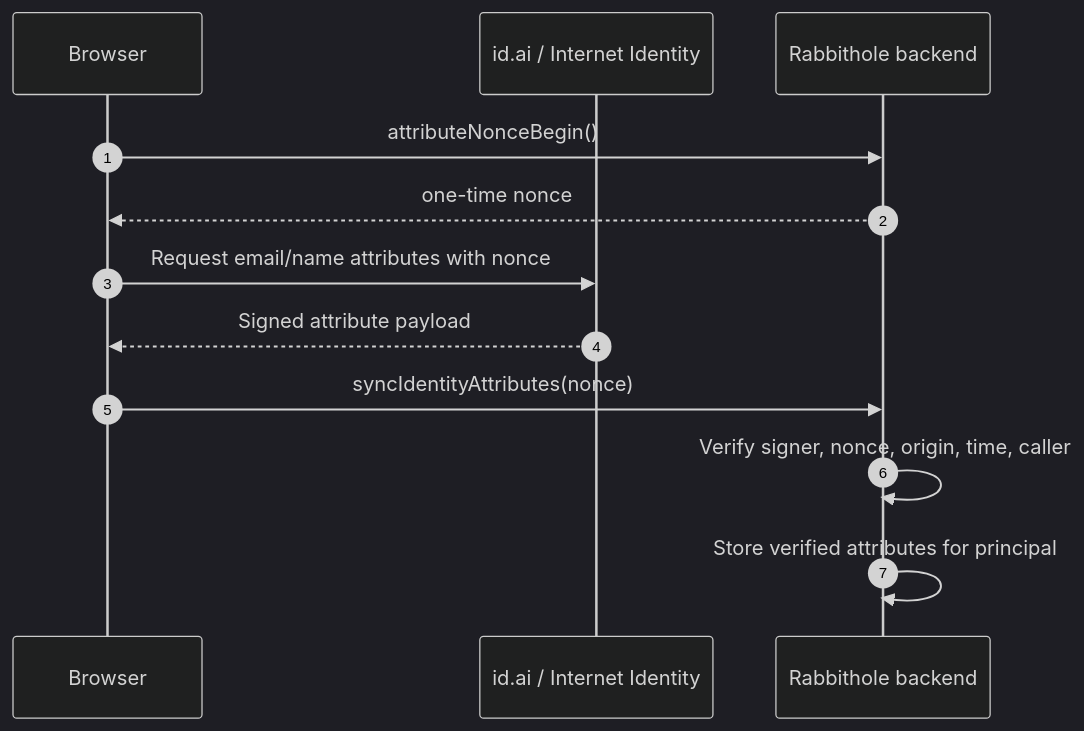
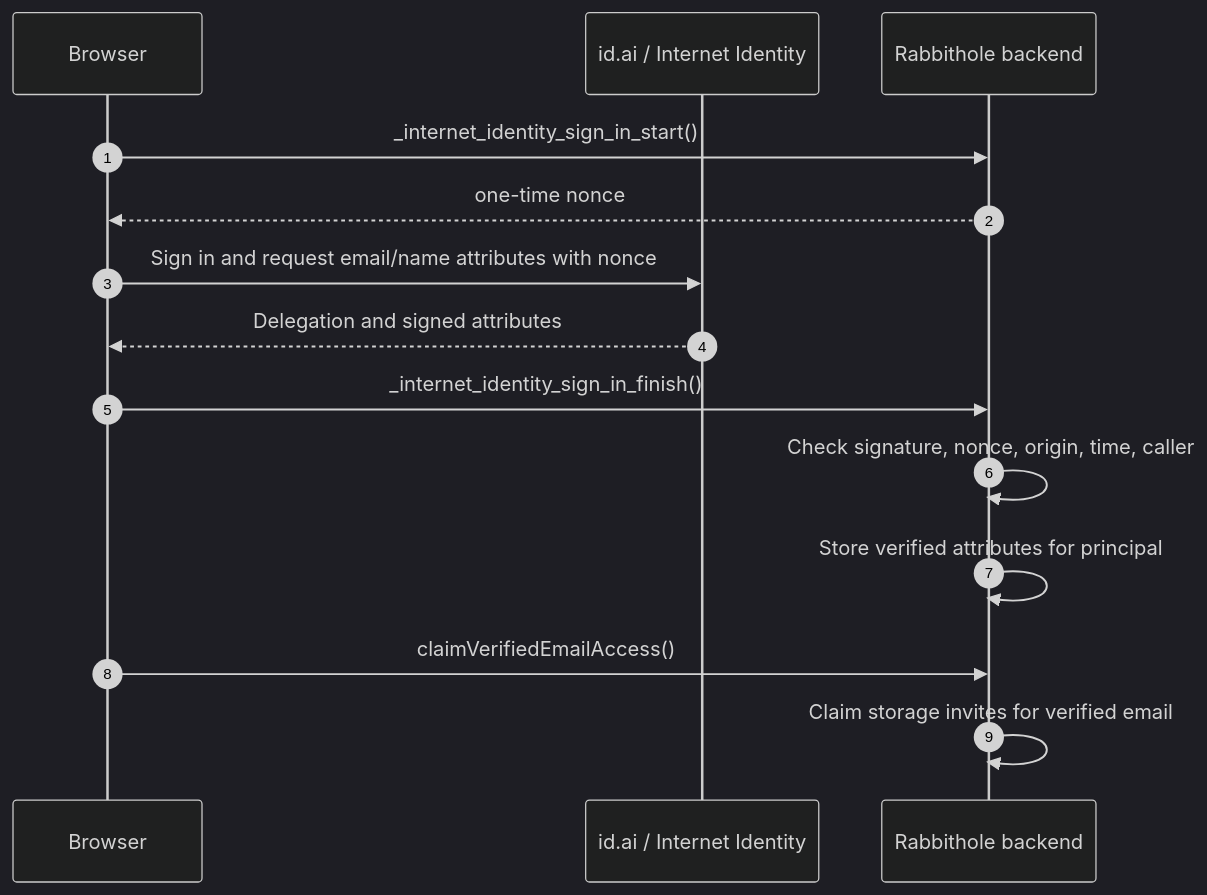
The fourth of 4 diagrams in apps/docs/src/en/how-it-works/authentication.md (rabbithole-app/v2), drawn with Mermaid (dark theme) before and after one commit. The commit also changed other lines of this file and 46 other files, not shown here.

````diff
--- a/apps/docs/src/en/how-it-works/authentication.md
+++ b/apps/docs/src/en/how-it-works/authentication.md
@@ -223,15 +227,17 @@
 ```mermaid
 sequenceDiagram
     autonumber
     participant B as Browser
     participant II as id.ai / Internet Identity
     participant API as Rabbithole backend
 
-    B->>API: attributeNonceBegin()
+    B->>API: _internet_identity_sign_in_start()
     API-->>B: one-time nonce
-    B->>II: Request email/name attributes with nonce
-    II-->>B: Signed attribute payload
-    B->>API: syncIdentityAttributes(nonce)
-    API->>API: Verify signer, nonce, origin, time, caller
+    B->>II: Sign in and request email/name attributes with nonce
+    II-->>B: Delegation and signed attributes
+    B->>API: _internet_identity_sign_in_finish()
+    API->>API: Check signature, nonce, origin, time, caller
     API->>API: Store verified attributes for principal
+    B->>API: claimVerifiedEmailAccess()
+    API->>API: Claim storage invites for verified email
 ```
````
